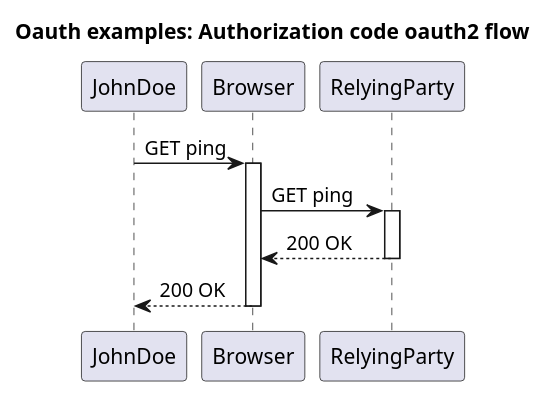
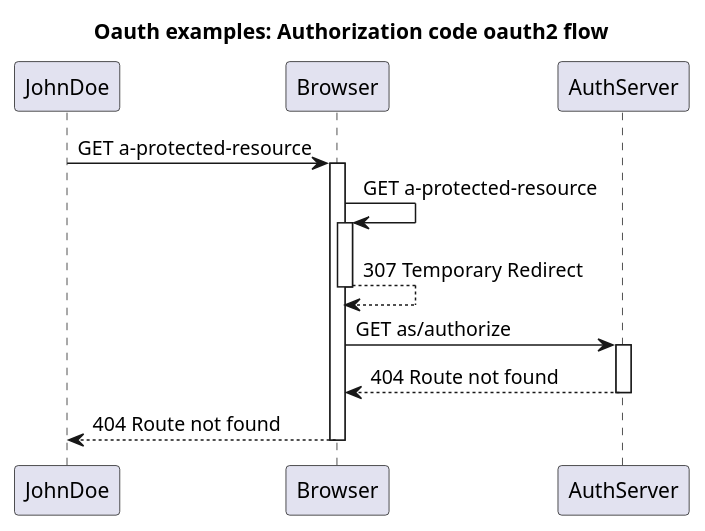
One commit to http4k/http4k-diagram-examples changed the diagram in sequence-diagrams/.generated/diagrams/Oauth examples: Authorization code oauth2 flow - Sequence.puml. Above: the diagram before and after it, drawn with PlantUML. The commit also changed 8 other files, not shown here.

```diff
--- a/sequence-diagrams/.generated/diagrams/Oauth examples: Authorization code oauth2 flow - Sequence.puml
+++ b/sequence-diagrams/.generated/diagrams/Oauth examples: Authorization code oauth2 flow - Sequence.puml
@@ -1,15 +1,20 @@
 @startuml
 title Oauth examples: Authorization code oauth2 flow
 participant JohnDoe
 participant Browser
-participant RelyingParty
-JohnDoe -> Browser: GET ping 
+participant AuthServer
+JohnDoe -> Browser: GET a-protected-resource 
 activate Browser
-Browser -> RelyingParty: GET ping 
-activate RelyingParty
+Browser -> Browser: GET a-protected-resource 
+activate Browser
 
-RelyingParty --> Browser: 200 OK
-deactivate RelyingParty
-Browser --> JohnDoe: 200 OK
+Browser --> Browser: 307 Temporary Redirect
+deactivate Browser
+Browser -> AuthServer: GET as/authorize 
+activate AuthServer
+
+AuthServer --> Browser: 404 Route not found
+deactivate AuthServer
+Browser --> JohnDoe: 404 Route not found
 deactivate Browser
     @enduml
```
